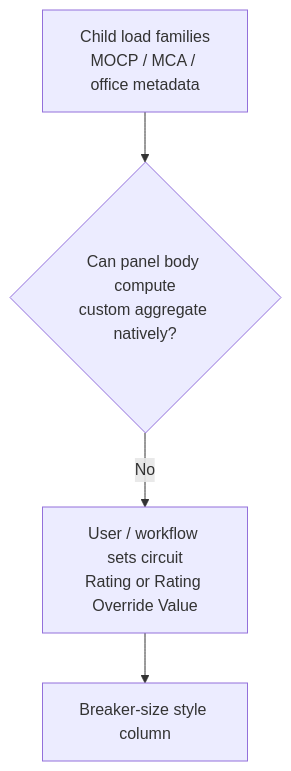
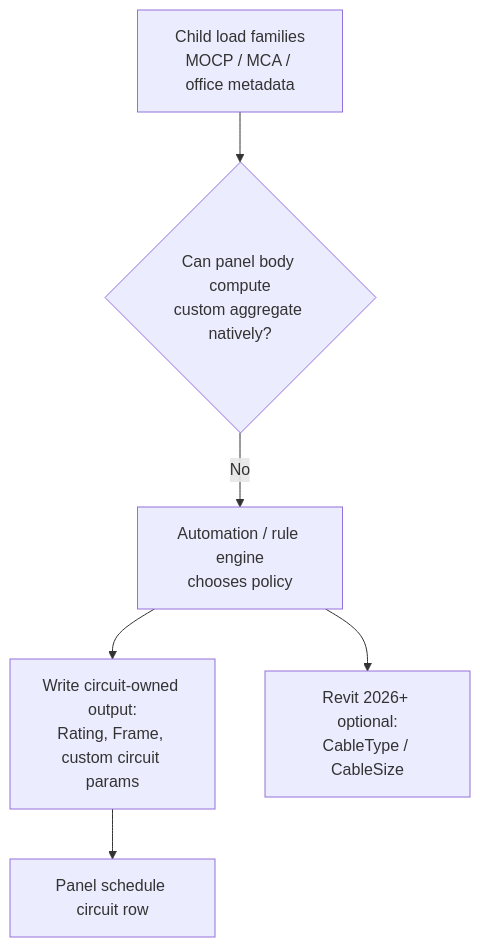
Before and after one commit to positive-energy-labs/Pe.Tools: the ninth of 10 diagrams in docs/context/rvt-api/REVIT_PANEL_SCHEDULE_TOPOLOGY.md, drawn with Mermaid. The commit also changed 4 other files, not shown here.

Commit message:
panel schedule docs update

````diff
--- a/docs/context/rvt-api/REVIT_PANEL_SCHEDULE_TOPOLOGY.md
+++ b/docs/context/rvt-api/REVIT_PANEL_SCHEDULE_TOPOLOGY.md
@@ -260,15 +260,19 @@
 ```mermaid
 ---
 config:
   markdownAutoWrap: true
   flowchart:
     wrappingWidth: 145
 ---
 flowchart TD
     DEV["`Child load families
 MOCP / MCA / office metadata`"] --> Q{"`Can panel body compute
 custom aggregate natively?`"}
-    Q -- No --> CIRC["`User / workflow sets circuit
-Rating or Rating Override Value`"]
-    CIRC --> ROW["`Breaker-size style column`"]
+    Q -- No --> RULE["`Automation / rule engine
+chooses policy`"]
+    RULE --> CIRC["`Write circuit-owned output:
+Rating, Frame, custom circuit params`"]
+    RULE --> CAB["`Revit 2026+ optional:
+CableType / CableSize`"]
+    CIRC --> ROW["`Panel schedule circuit row`"]
 ```
````
